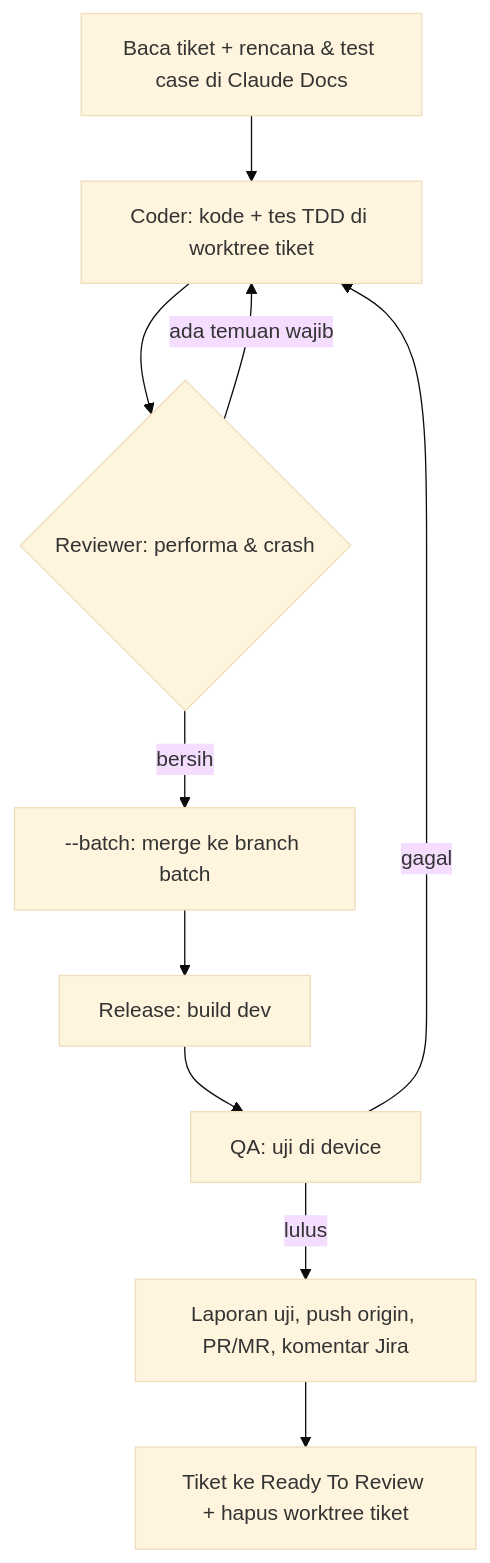
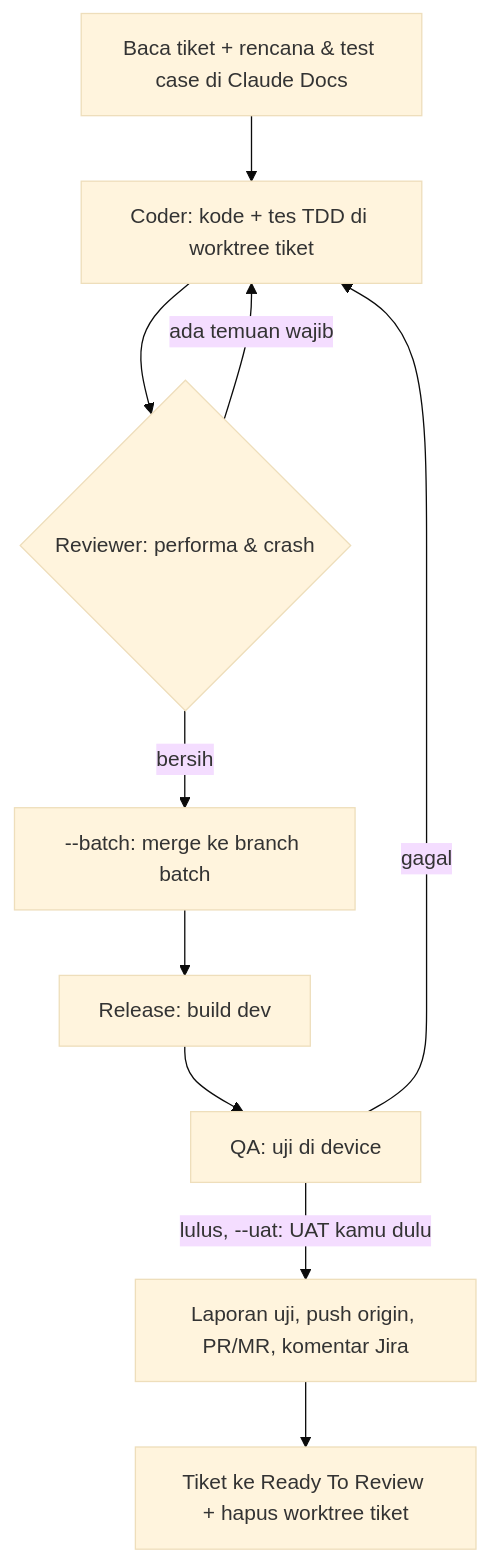
One commit to roiskhoiron/agent-workflow changed the second of 2 diagrams in README.md. Above: the diagram before and after it, drawn with Mermaid (base theme). The commit also changed other lines of this file and 4 other files, not shown here.

````diff
--- a/README.md
+++ b/README.md
@@ -95,12 +96,12 @@
 ```mermaid
 flowchart TD
   S[Baca tiket + rencana & test case di Claude Docs] --> K[Coder: kode + tes TDD di worktree tiket]
   K --> R{Reviewer: performa & crash}
   R -->|ada temuan wajib| K
   R -->|bersih| M[--batch: merge ke branch batch]
   M --> B[Release: build dev]
   B --> Q[QA: uji di device]
   Q -->|gagal| K
-  Q -->|lulus| P[Laporan uji, push origin, PR/MR, komentar Jira]
+  Q -->|lulus, --uat: UAT kamu dulu| P[Laporan uji, push origin, PR/MR, komentar Jira]
   P --> T[Tiket ke Ready To Review + hapus worktree tiket]
 ```
````
